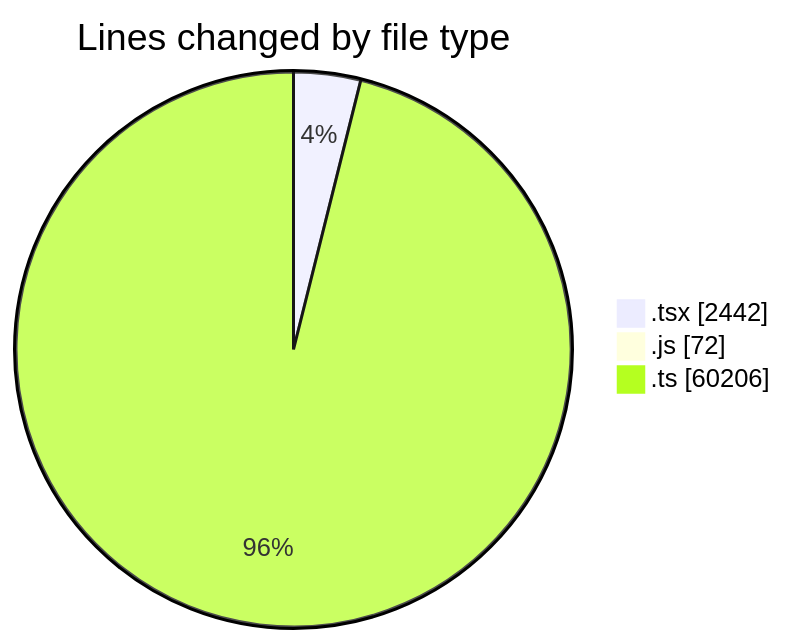
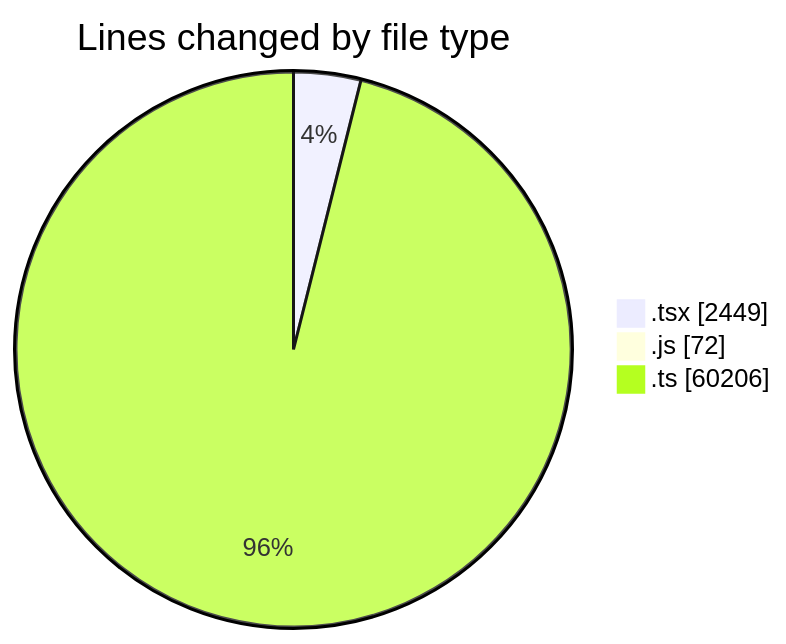
The first of 2 diagrams in 2026-09-25/cda/README.md (momahboobian/code-tracking), drawn with Mermaid before and after one commit. The commit also changed other lines of this file and 1 other file, not shown here.

````diff
--- a/2026-09-25/cda/README.md
+++ b/2026-09-25/cda/README.md
@@ -48,7 +48,7 @@
 ```mermaid
 pie showData
 title Lines changed by file type
-".tsx" : 2442
+".tsx" : 2449
 ".js" : 72
 ".ts" : 60206
 ```
````
